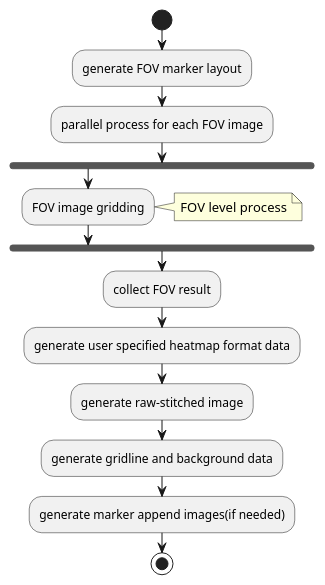
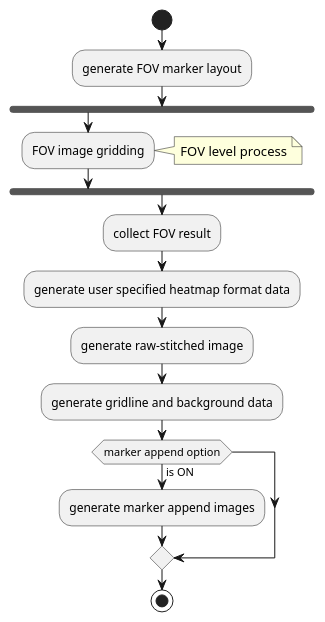
One commit to jeff665547/Project-Summit.Grid changed the third of 4 diagrams in doc/algorithm.md. Above: the diagram before and after it, drawn with PlantUML. The commit also changed other lines of this file and 12 other files, not shown here.

```diff
--- a/doc/algorithm.md
+++ b/doc/algorithm.md
@@ -75,19 +102,20 @@
-@startuml
+@startuml {channel-level-process.png}
 
 start
 :generate FOV marker layout;
-:parallel process for each FOV image;
 fork
     :FOV image gridding;
     note right
         FOV level process
     end note
 endfork
 :collect FOV result;
 :generate user specified heatmap format data;
 :generate raw-stitched image;
 :generate gridline and background data;
-:generate marker append images(if needed);
+if (marker append option) then (is ON)
+    :generate marker append images;
+endif;
 stop
 
 @enduml
```
